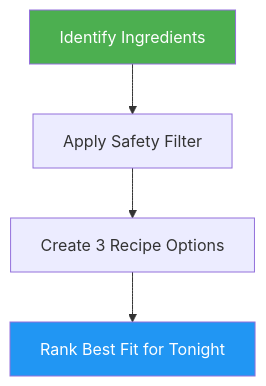
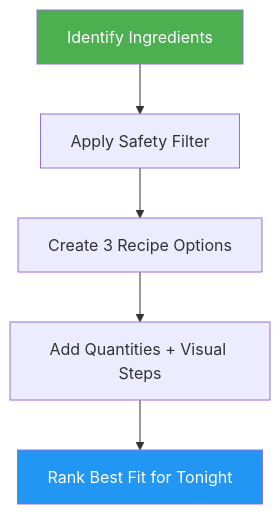
One commit to luongnv89/cooking-skills changed the diagram in skills/quick-healthy-recipes/docs/README.md. Above: the diagram before and after it, drawn with Mermaid. The commit also changed other lines of this file and 2 other files, not shown here.

Commit message:
Enhance recipe skill with visuals and quantities

````diff
--- a/skills/quick-healthy-recipes/docs/README.md
+++ b/skills/quick-healthy-recipes/docs/README.md
@@ -31,8 +33,9 @@
 ```mermaid
 graph TD
     A["Identify Ingredients"] --> B["Apply Safety Filter"]
     B --> C["Create 3 Recipe Options"]
-    C --> D["Rank Best Fit for Tonight"]
+    C --> D["Add Quantities + Visual Steps"]
+    D --> E["Rank Best Fit for Tonight"]
     style A fill:#4CAF50,color:#fff
-    style D fill:#2196F3,color:#fff
+    style E fill:#2196F3,color:#fff
 ```
````
